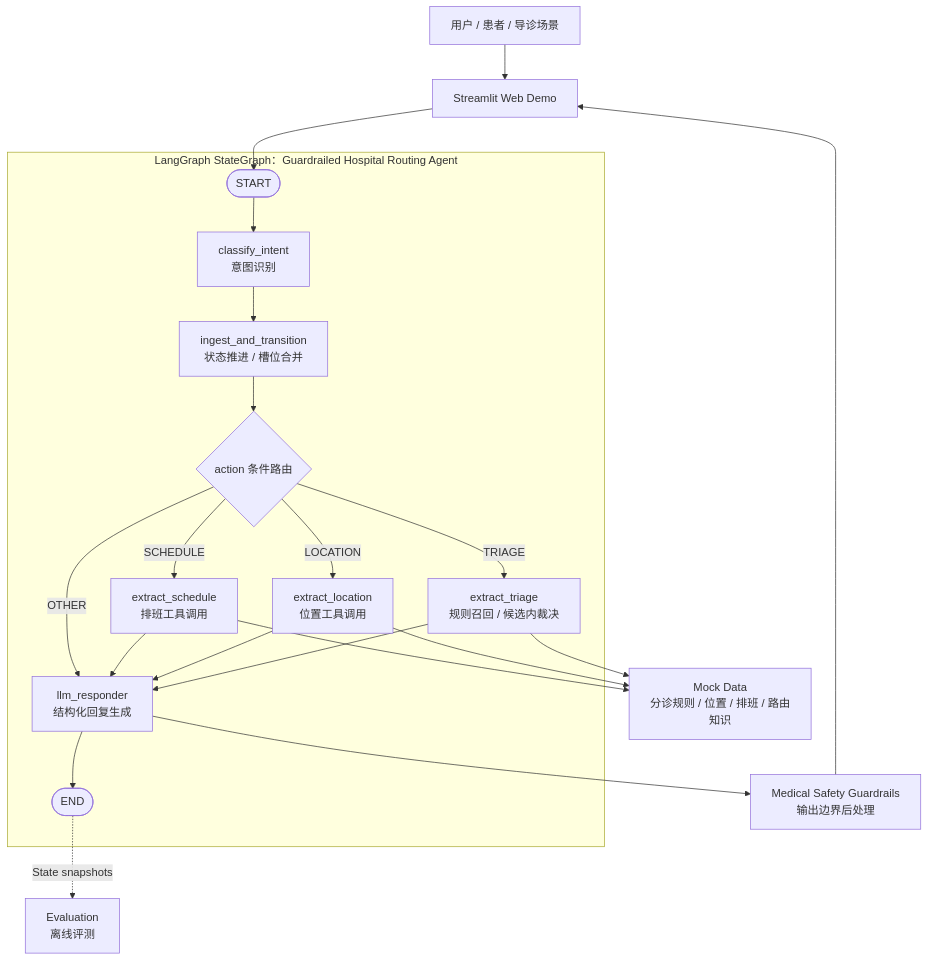
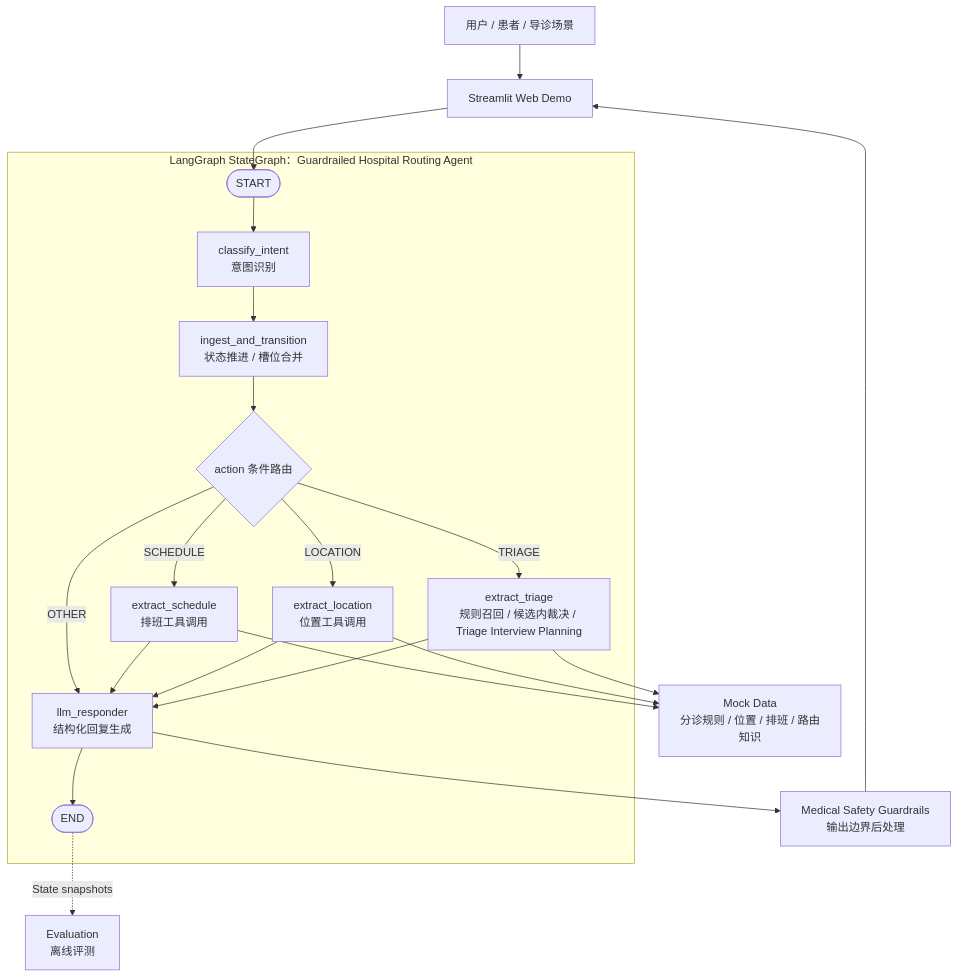
The diagram in README.md (xli561980-ship-it/Hospital_Agent), drawn with Mermaid before and after one commit. The commit also changed other lines of this file and 8 other files, not shown here.

Commit message:
Clarify triage interview boundaries and LLM smoke path

````diff
--- a/README.md
+++ b/README.md
@@ -89,34 +91,34 @@
 ```mermaid
 flowchart TB
     U["用户 / 患者 / 导诊场景"]
     WEB["Streamlit Web Demo"]
     DATA["Mock Data<br/>分诊规则 / 位置 / 排班 / 路由知识"]
     GUARD["Medical Safety Guardrails<br/>输出边界后处理"]
     EVAL["Evaluation<br/>离线评测"]
 
     subgraph GRAPH["LangGraph StateGraph：Guardrailed Hospital Routing Agent"]
         START([START])
         INTENT["classify_intent<br/>意图识别"]
         INGEST["ingest_and_transition<br/>状态推进 / 槽位合并"]
         ROUTE{"action 条件路由"}
-        TRIAGE["extract_triage<br/>规则召回 / 候选内裁决"]
+        TRIAGE["extract_triage<br/>规则召回 / 候选内裁决 / Triage Interview Planning"]
         LOCATION["extract_location<br/>位置工具调用"]
         SCHEDULE["extract_schedule<br/>排班工具调用"]
         RESP["llm_responder<br/>结构化回复生成"]
         END_NODE([END])
 
         START --> INTENT --> INGEST --> ROUTE
         ROUTE -->|"TRIAGE"| TRIAGE --> RESP
         ROUTE -->|"LOCATION"| LOCATION --> RESP
         ROUTE -->|"SCHEDULE"| SCHEDULE --> RESP
         ROUTE -->|"OTHER"| RESP
         RESP --> END_NODE
     end
 
     U --> WEB --> START
     TRIAGE --> DATA
     LOCATION --> DATA
     SCHEDULE --> DATA
     RESP --> GUARD --> WEB
     END_NODE -. "State snapshots" .-> EVAL
 ```
````
